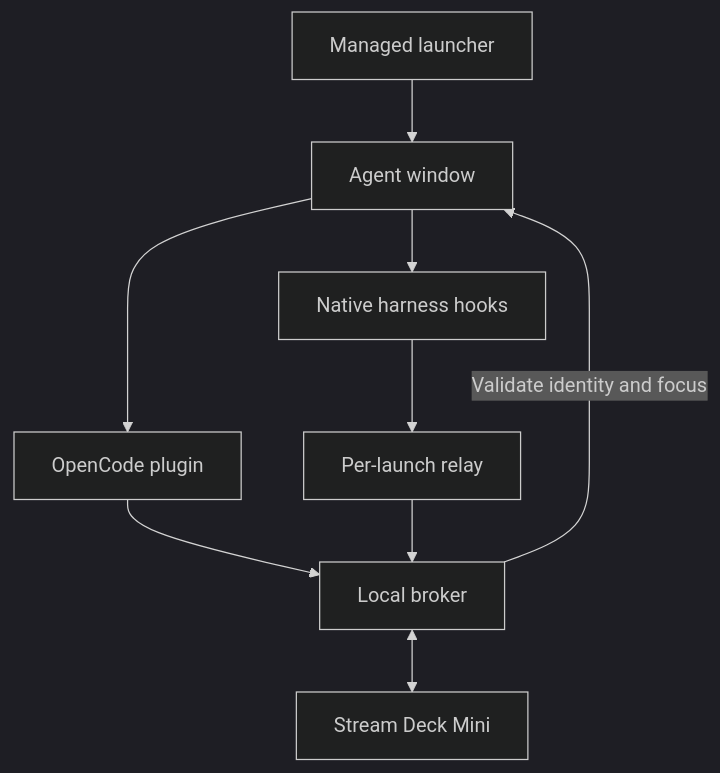
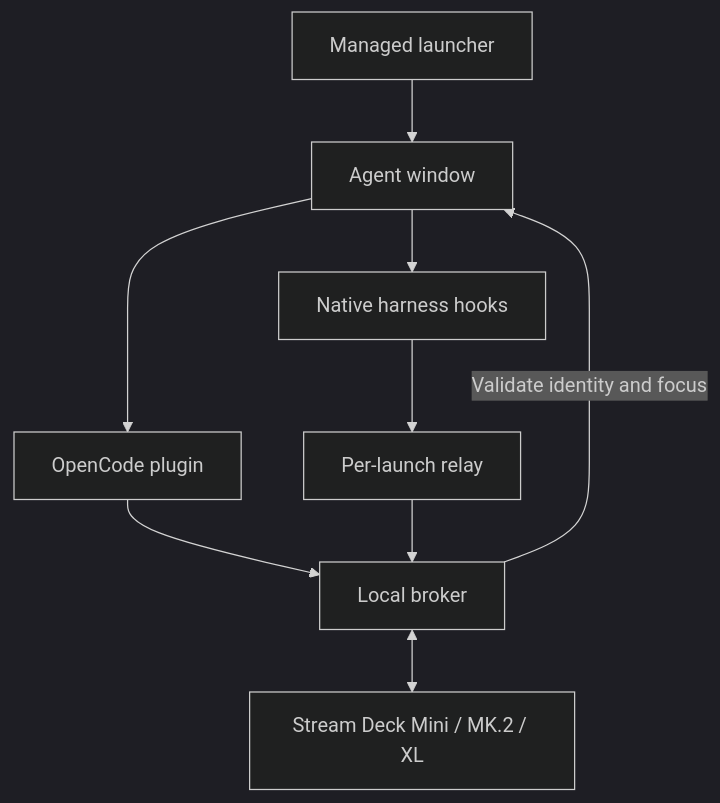
Before and after one commit to darkmatter2222/AgentDeck: the diagram in README.md, drawn with Mermaid (dark theme). The commit also changed other lines of this file and 5 other files, not shown here.

````diff
--- a/README.md
+++ b/README.md
@@ -366,11 +574,11 @@
 ```mermaid
 flowchart TD
     L["Managed launcher"] --> W["Agent window"]
     W --> O["OpenCode plugin"]
     W --> H["Native harness hooks"]
     H --> R["Per-launch relay"]
     O --> B["Local broker"]
     R --> B
-    B <--> D["Stream Deck Mini"]
+    B <--> D["Stream Deck Mini / MK.2 / XL"]
     B -->|"Validate identity and focus"| W
 ```
````
